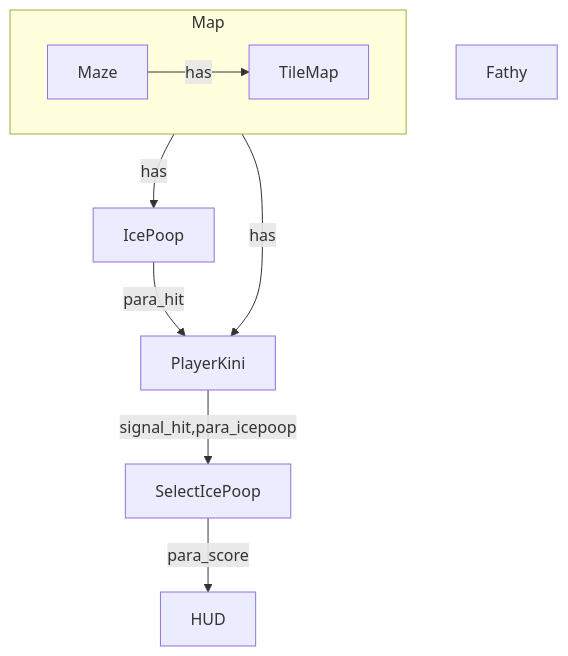
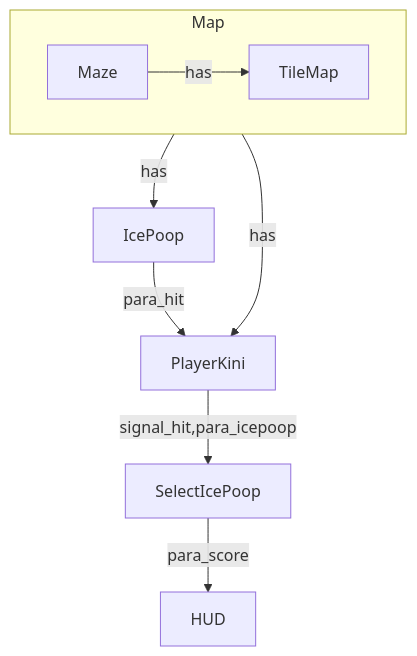
One commit to arsany007/BollyTheMalt changed the diagram in README.md. Above: the diagram before and after it, drawn with Mermaid. The commit also changed 1 other file, not shown here.

Commit message:
draw nodes and signals to .md file

````diff
--- a/README.md
+++ b/README.md
@@ -20,19 +20,18 @@
 ```mermaid
 flowchart TD
 
-M[Maze] -->|has| P[PlayerKini]
-M[Maze] -->|has| I[IcePoop]
-F[Fathy] 
+Maze -->|has| PlayerKini
+Maze -->|has| IcePoop
 
 
 subgraph Map
     direction LR
-    M[Maze] -->|has| TM[TileMap]
+    Maze -->|has| TileMap
 end
 
-I -->|para_hit| P
-P -->|signal_hit,para_icepoop| S[SelectIcePoop]
+IcePoop -->|para_hit| PlayerKini
+PlayerKini -->|signal_hit,para_icepoop| SelectIcePoop
 
-S -->|para_score| H[HUD]
+SelectIcePoop -->|para_score| HUD
 
 ```
````
